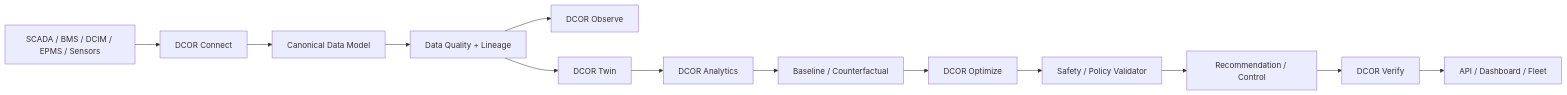
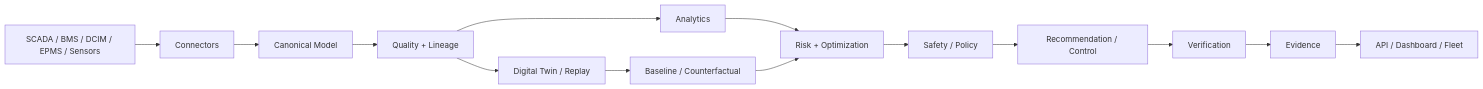
Before and after one commit to scoobiii/dcor: the diagram in README.md, drawn with Mermaid. The commit also changed other lines of this file and 12 other files, not shown here.

Commit message:
docs: formalize thermal risk and dynamic setpoint optimization

````diff
--- a/README.md
+++ b/README.md
@@ -35,15 +126,16 @@
 ```mermaid
 flowchart LR
-  S[SCADA / BMS / DCIM / EPMS / Sensors] --> C[DCOR Connect]
-  C --> N[Canonical Data Model]
-  N --> Q[Data Quality + Lineage]
-  Q --> O[DCOR Observe]
-  Q --> T[DCOR Twin]
-  T --> A[DCOR Analytics]
-  A --> B[Baseline / Counterfactual]
-  B --> Z[DCOR Optimize]
-  Z --> V[Safety / Policy Validator]
-  V --> R[Recommendation / Control]
-  R --> X[DCOR Verify]
-  X --> D[API / Dashboard / Fleet]
+  S[SCADA / BMS / DCIM / EPMS / Sensors] --> C[Connectors]
+  C --> N[Canonical Model]
+  N --> Q[Quality + Lineage]
+  Q --> T[Digital Twin / Replay]
+  Q --> A[Analytics]
+  T --> B[Baseline / Counterfactual]
+  A --> O[Risk + Optimization]
+  B --> O
+  O --> P[Safety / Policy]
+  P --> R[Recommendation / Control]
+  R --> V[Verification]
+  V --> E[Evidence]
+  E --> API[API / Dashboard / Fleet]
 ```
````
